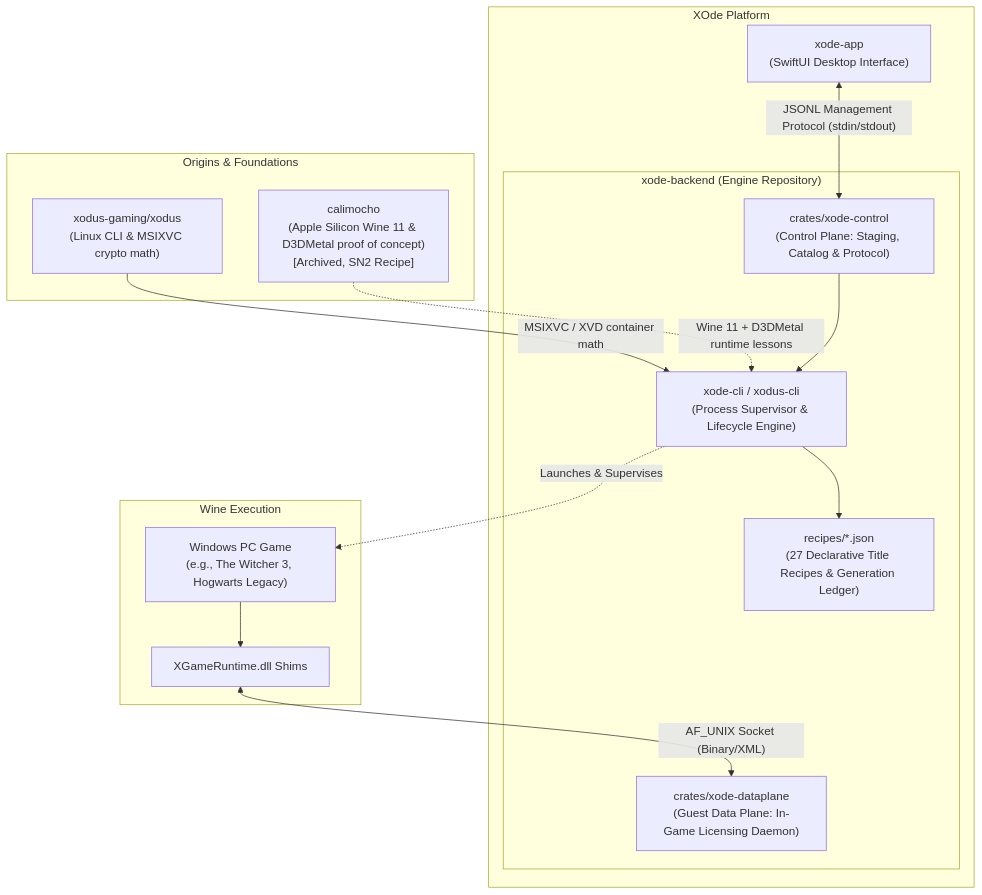
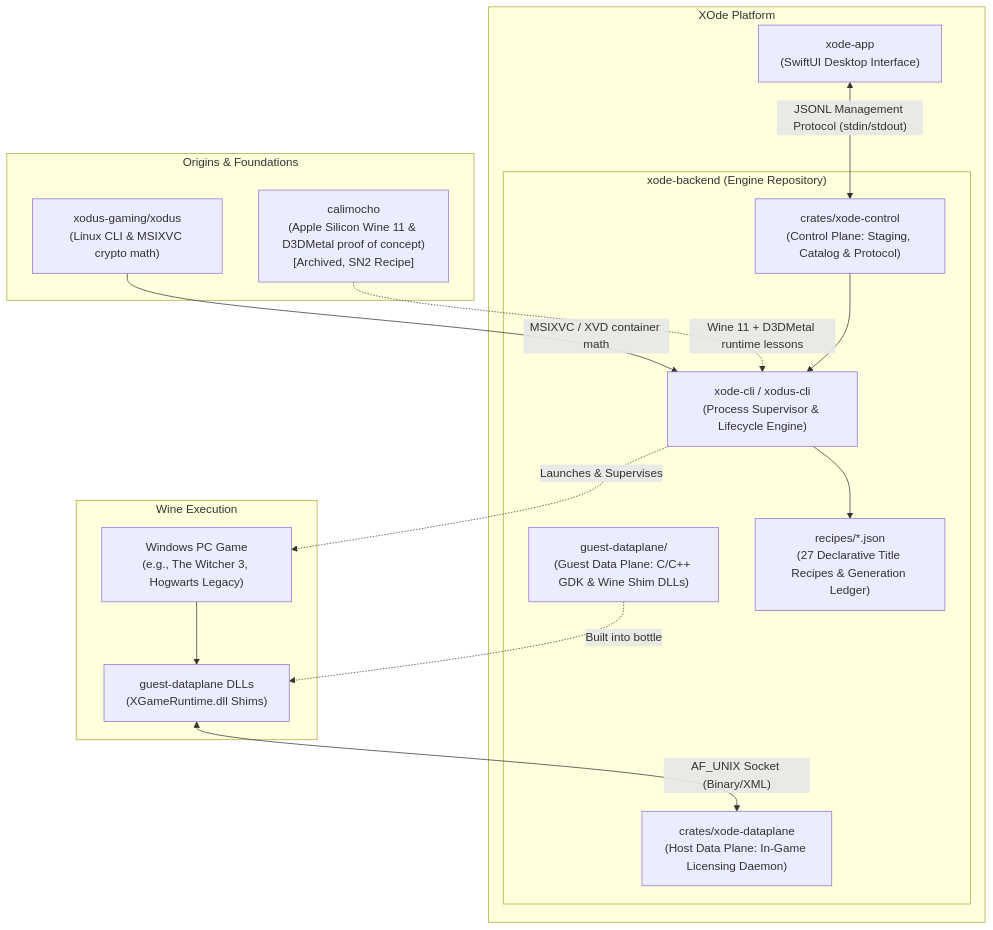
Before and after one commit to WorkingPrinciple/xode-ui: the first of 2 diagrams in README.md, drawn with Mermaid. The commit also changed other lines of this file and 1 other file, not shown here.

First line of the commit message:
update ecosystem diagram and component roles for guest-dataplane

````diff
--- a/README.md
+++ b/README.md
@@ -13,31 +13,33 @@
 ```mermaid
 flowchart TD
     subgraph Roots["Origins & Foundations"]
         OG["xodus-gaming/xodus\n(Linux CLI & MSIXVC crypto math)"]
         CALI["calimocho\n(Apple Silicon Wine 11 & D3DMetal proof of concept)\n[Archived, SN2 Recipe]"]
     end
 
     subgraph XOde["XOde Platform"]
         APP["xode-app\n(SwiftUI Desktop Interface)"]
         subgraph Backend["xode-backend (Engine Repository)"]
             CLI["xode-cli / xodus-cli\n(Process Supervisor & Lifecycle Engine)"]
             CONTROL["crates/xode-control\n(Control Plane: Staging, Catalog & Protocol)"]
-            DATAPLANE["crates/xode-dataplane\n(Guest Data Plane: In-Game Licensing Daemon)"]
+            DATAPLANE["crates/xode-dataplane\n(Host Data Plane: In-Game Licensing Daemon)"]
+            GUEST_DP["guest-dataplane/\n(Guest Data Plane: C/C++ GDK & Wine Shim DLLs)"]
             RECIPES["recipes/*.json\n(27 Declarative Title Recipes & Generation Ledger)"]
         end
     end
 
     subgraph Guest["Wine Execution"]
         GAME["Windows PC Game\n(e.g., The Witcher 3, Hogwarts Legacy)"]
-        SHIM["XGameRuntime.dll Shims"]
+        SHIM["guest-dataplane DLLs\n(XGameRuntime.dll Shims)"]
     end
 
     OG -->|"MSIXVC / XVD container math"| CLI
     CALI -.->|"Wine 11 + D3DMetal runtime lessons"| CLI
     APP <-->|"JSONL Management Protocol (stdin/stdout)"| CONTROL
     CONTROL --> CLI
     CLI --> RECIPES
     CLI -. "Launches & Supervises" .-> GAME
+    GUEST_DP -. "Built into bottle" .-> SHIM
     GAME --> SHIM
     SHIM <-- "AF_UNIX Socket (Binary/XML)" --> DATAPLANE
 ```
````
